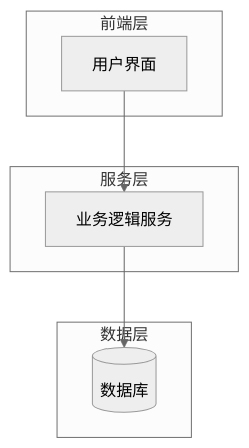
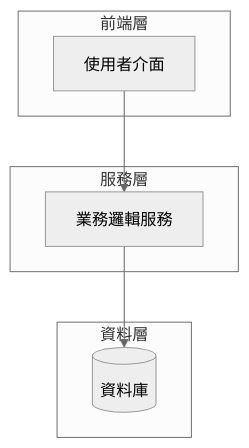
The diagram in rfp/templates/design-template.md (richblack/claude-flow-setting), drawn with Mermaid (neutral theme) before and after one commit. The commit also changed other lines of this file and 4 other files, not shown here.

````diff
--- a/rfp/templates/design-template.md
+++ b/rfp/templates/design-template.md
@@ -11,17 +11,17 @@
 ```mermaid
 graph TB
-    subgraph "前端层"
-        UI[用户界面]
+    subgraph "前端層"
+        UI[使用者介面]
     end
 
-    subgraph "服务层"
-        Service[业务逻辑服务]
+    subgraph "服務層"
+        Service[業務邏輯服務]
     end
 
-    subgraph "数据层"
-        DB[(数据库)]
+    subgraph "資料層"
+        DB[(資料庫)]
     end
 
     UI --> Service
     Service --> DB
 ```
````
